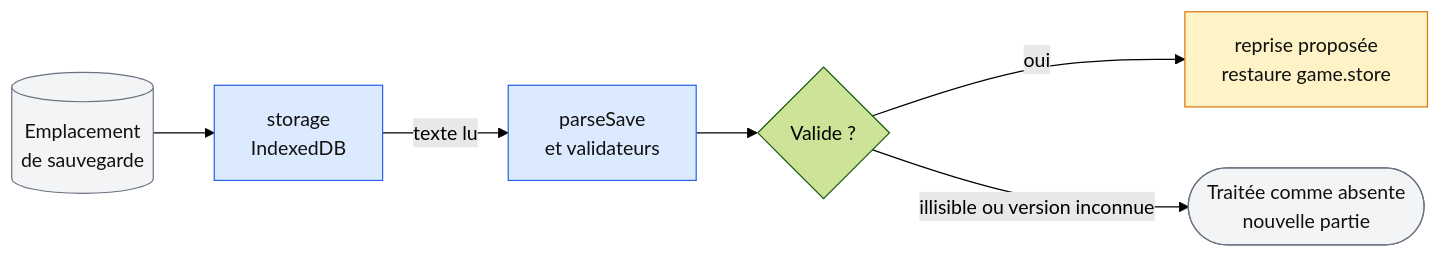
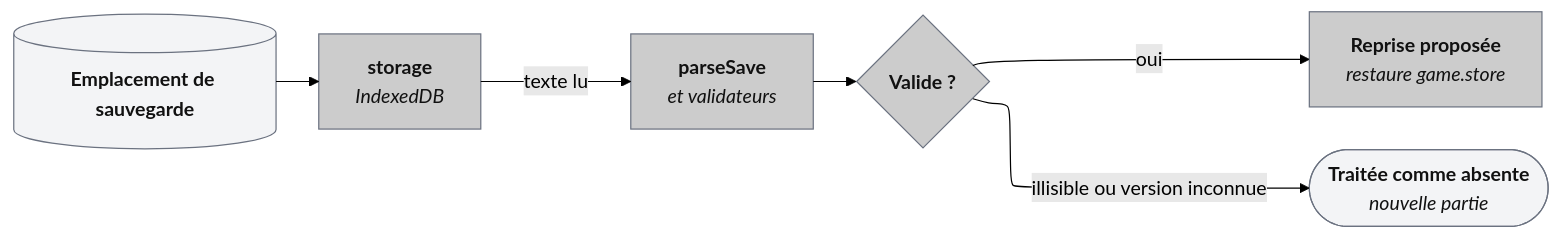
The second of 2 diagrams in docs/diagrams/08-persistence.md (peangoulvant/Tacticoop), drawn with Mermaid (forest theme) before and after one commit. The commit also changed other lines of this file and 8 other files, not shown here.

First line of the commit message:
Diagrammes : style gris uni, libellés nom en gras et explication en italique, disposition ELK (d'après 01-architecture)

````diff
--- a/docs/diagrams/08-persistence.md
+++ b/docs/diagrams/08-persistence.md
@@ -21,12 +24,15 @@
 ```mermaid
+---
+config:
+  layout: elk
+---
 flowchart LR
-    idb[("Emplacement<br/>de sauvegarde")]:::ext --> stockage["storage<br/>IndexedDB"]:::pers
-    stockage -->|"texte lu"| lire["parseSave<br/>et validateurs"]:::pers
-    lire --> verdict{"Valide ?"}
-    verdict -->|"oui"| reprise["reprise proposée<br/>restaure game.store"]:::state
-    verdict -->|"illisible ou version inconnue"| rien(["Traitée comme absente<br/>nouvelle partie"]):::ext
+    idb[("`**Emplacement de sauvegarde**`")]:::ext --> stockage["`**storage**<br>*IndexedDB*`"]:::ui
+    stockage -->|"texte lu"| lire["`**parseSave**<br>*et validateurs*`"]:::ui
+    lire --> verdict{"`**Valide ?**`"}:::ui
+    verdict -->|"oui"| reprise["`**Reprise proposée**<br>*restaure game.store*`"]:::ui
+    verdict -->|"illisible ou version inconnue"| rien(["`**Traitée comme absente**<br>*nouvelle partie*`"]):::ext
 
-    classDef state fill:#fef3c7,stroke:#d97706,color:#111
-    classDef pers fill:#dbeafe,stroke:#2563eb,color:#111
+    classDef ui fill:#cccccc,stroke:#6b7280,color:#111
     classDef ext fill:#f3f4f6,stroke:#6b7280,color:#111
 ```
````
